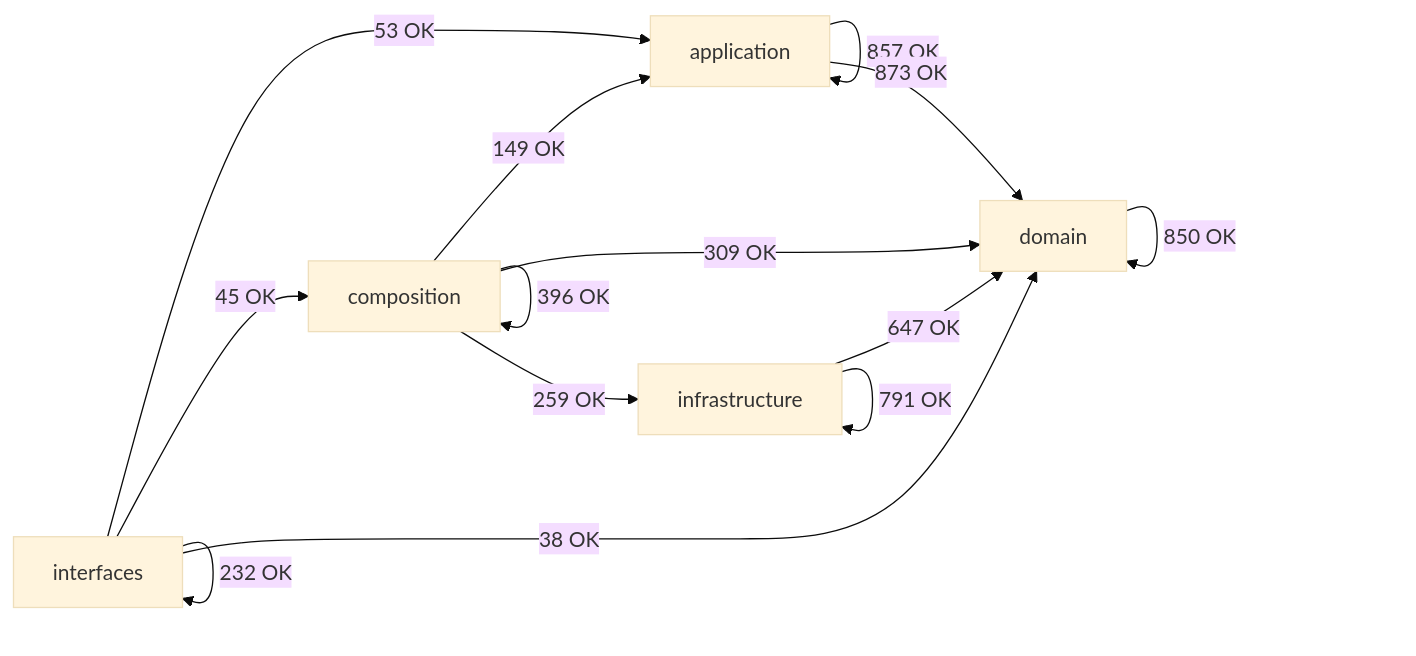
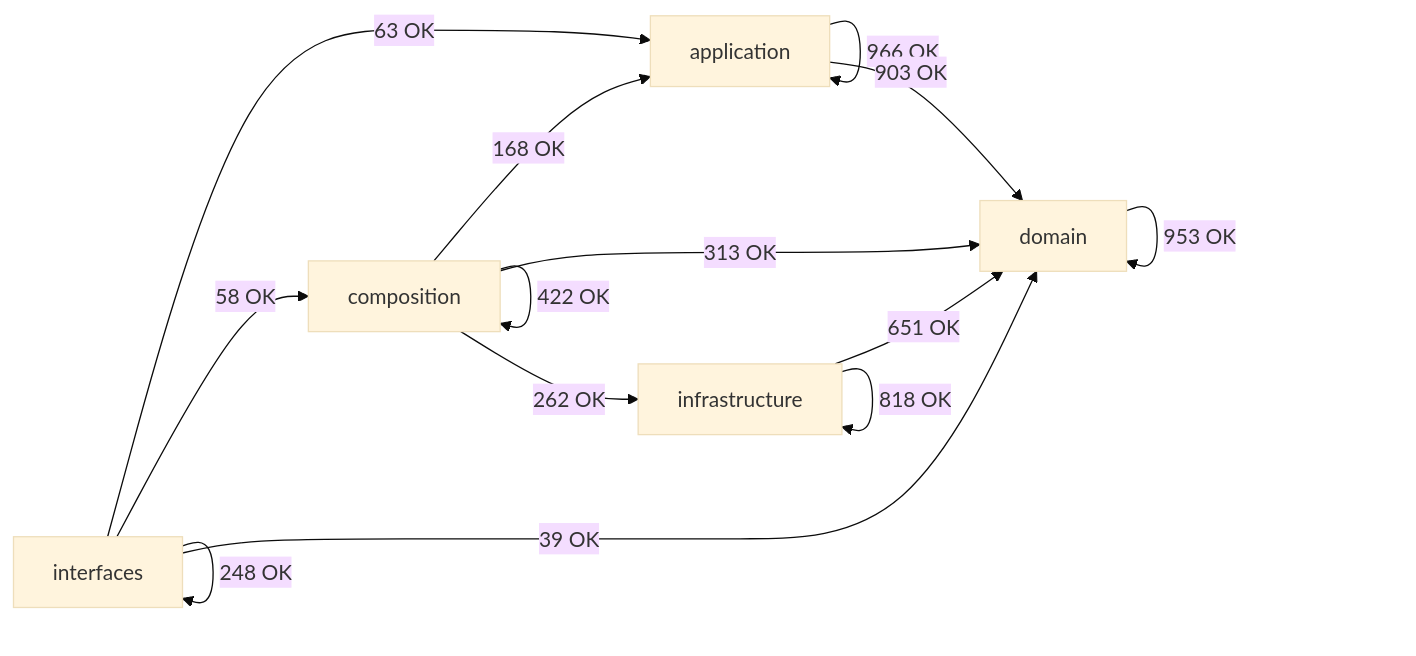
The diagram in docs/02-architecture/generated/module-dependency-map.md (SatoryKono/BioactivityDataAcquisition), drawn with Mermaid (base theme) before and after one commit. The commit also changed other lines of this file and 51 other files, not shown here.

````diff
--- a/docs/02-architecture/generated/module-dependency-map.md
+++ b/docs/02-architecture/generated/module-dependency-map.md
@@ -17,21 +17,21 @@
 ```mermaid
 flowchart LR
     domain[domain]
     application[application]
     infrastructure[infrastructure]
     composition[composition]
     interfaces[interfaces]
-    application -->|857 OK| application
-    application -->|873 OK| domain
-    composition -->|149 OK| application
-    composition -->|396 OK| composition
-    composition -->|309 OK| domain
-    composition -->|259 OK| infrastructure
-    domain -->|850 OK| domain
-    infrastructure -->|647 OK| domain
-    infrastructure -->|791 OK| infrastructure
-    interfaces -->|53 OK| application
-    interfaces -->|45 OK| composition
-    interfaces -->|38 OK| domain
-    interfaces -->|232 OK| interfaces
+    application -->|966 OK| application
+    application -->|903 OK| domain
+    composition -->|168 OK| application
+    composition -->|422 OK| composition
+    composition -->|313 OK| domain
+    composition -->|262 OK| infrastructure
+    domain -->|953 OK| domain
+    infrastructure -->|651 OK| domain
+    infrastructure -->|818 OK| infrastructure
+    interfaces -->|63 OK| application
+    interfaces -->|58 OK| composition
+    interfaces -->|39 OK| domain
+    interfaces -->|248 OK| interfaces
 ```
````
